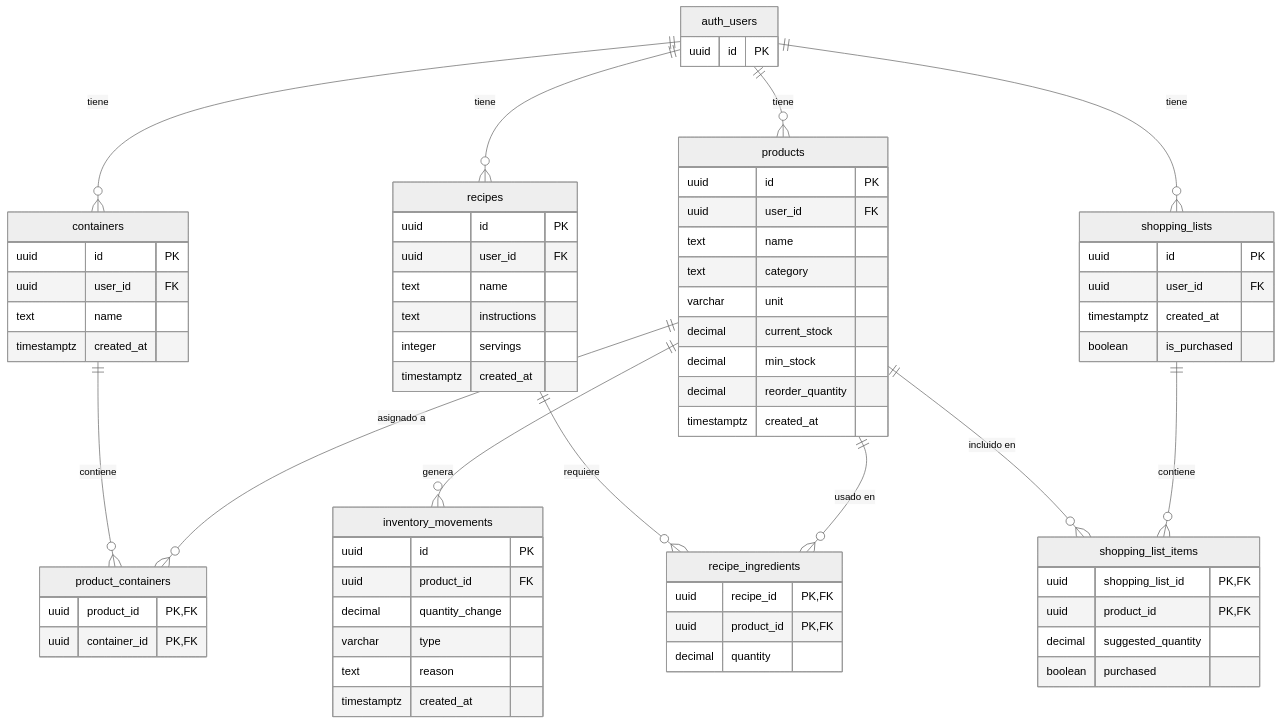
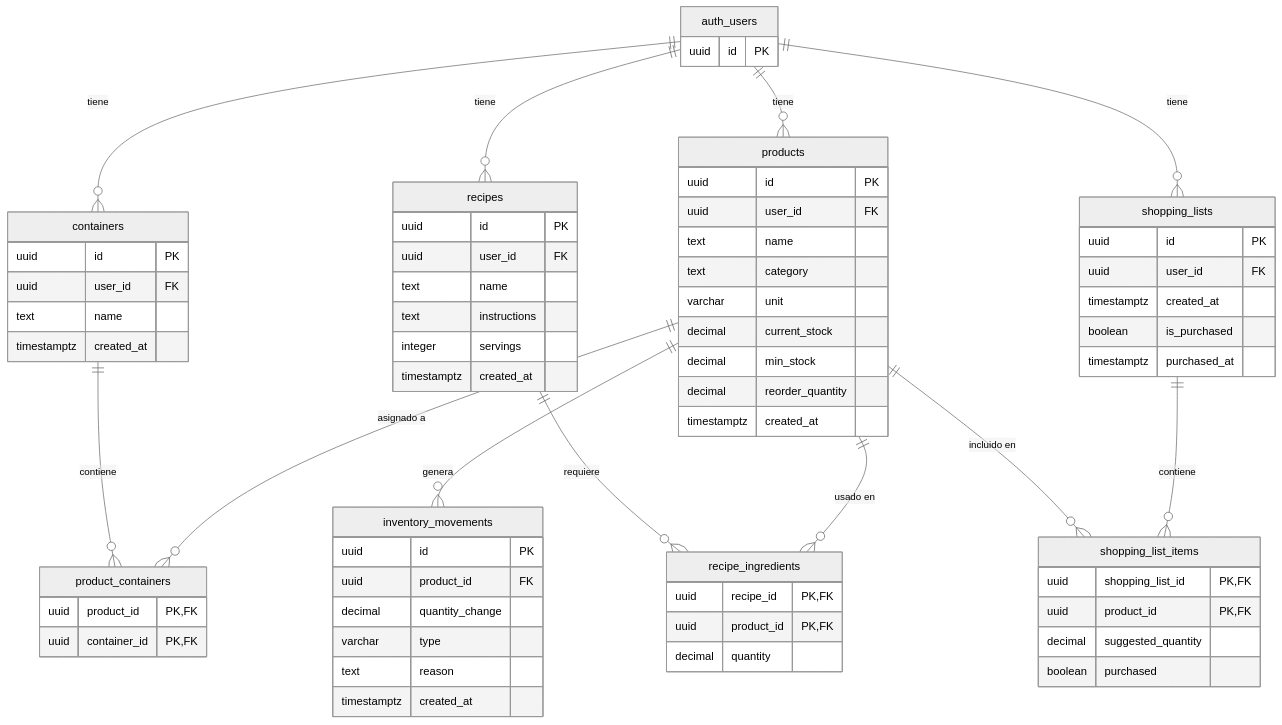
One commit to AlejandroPedrosa/Nido-SmartHome changed the diagram in docs/base-de-datos.md. Above: the diagram before and after it, drawn with Mermaid (neutral theme). The commit also changed other lines of this file and 202 other files, not shown here.

````diff
--- a/docs/base-de-datos.md
+++ b/docs/base-de-datos.md
@@ -243,81 +263,82 @@
 ```mermaid
 erDiagram
     auth_users ||--o{ products : "tiene"
     auth_users ||--o{ containers : "tiene"
     auth_users ||--o{ recipes : "tiene"
     auth_users ||--o{ shopping_lists : "tiene"
 
     products ||--o{ product_containers : "asignado a"
     containers ||--o{ product_containers : "contiene"
     products ||--o{ recipe_ingredients : "usado en"
     recipes ||--o{ recipe_ingredients : "requiere"
     products ||--o{ inventory_movements : "genera"
     shopping_lists ||--o{ shopping_list_items : "contiene"
     products ||--o{ shopping_list_items : "incluido en"
 
     auth_users {
         uuid id PK
     }
 
     products {
         uuid id PK
         uuid user_id FK
         text name
         text category
         varchar unit
         decimal current_stock
         decimal min_stock
         decimal reorder_quantity
         timestamptz created_at
     }
 
     containers {
         uuid id PK
         uuid user_id FK
         text name
         timestamptz created_at
     }
 
     product_containers {
         uuid product_id PK,FK
         uuid container_id PK,FK
     }
 
     recipes {
         uuid id PK
         uuid user_id FK
         text name
         text instructions
         integer servings
         timestamptz created_at
     }
 
     recipe_ingredients {
         uuid recipe_id PK,FK
         uuid product_id PK,FK
         decimal quantity
     }
 
     inventory_movements {
         uuid id PK
         uuid product_id FK
         decimal quantity_change
         varchar type
         text reason
         timestamptz created_at
     }
 
     shopping_lists {
         uuid id PK
         uuid user_id FK
         timestamptz created_at
         boolean is_purchased
+        timestamptz purchased_at
     }
 
     shopping_list_items {
         uuid shopping_list_id PK,FK
         uuid product_id PK,FK
         decimal suggested_quantity
         boolean purchased
     }
 ```
````
